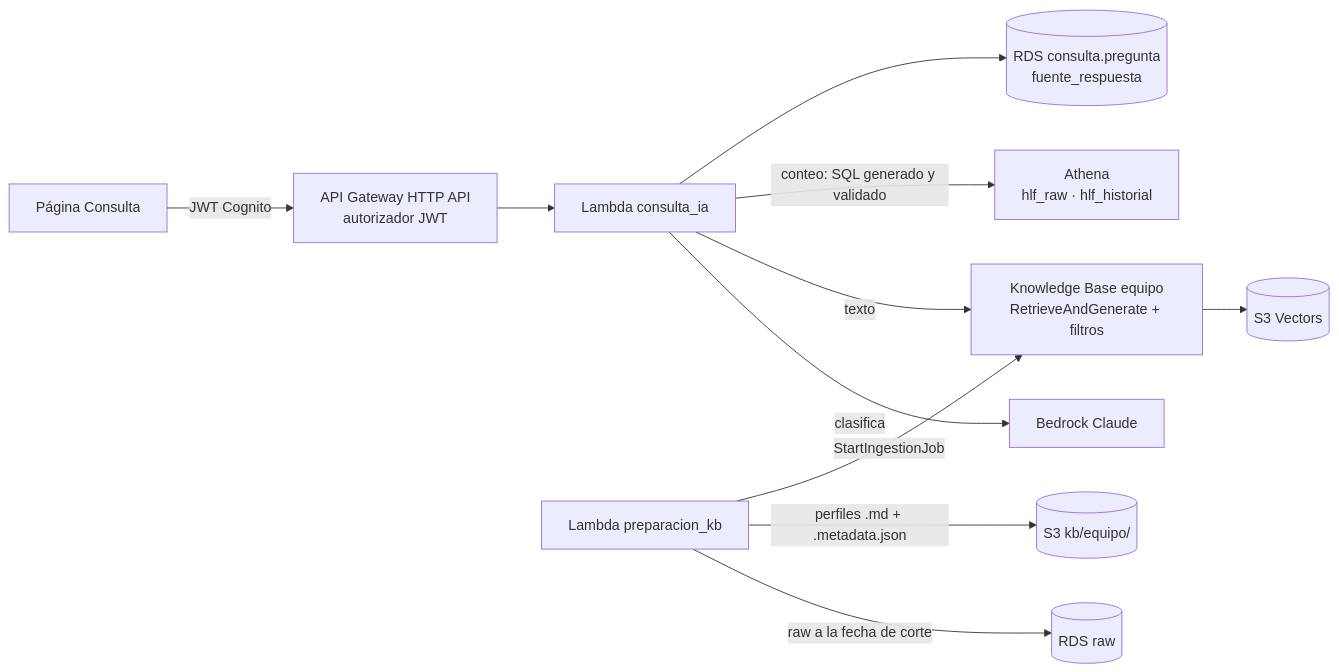
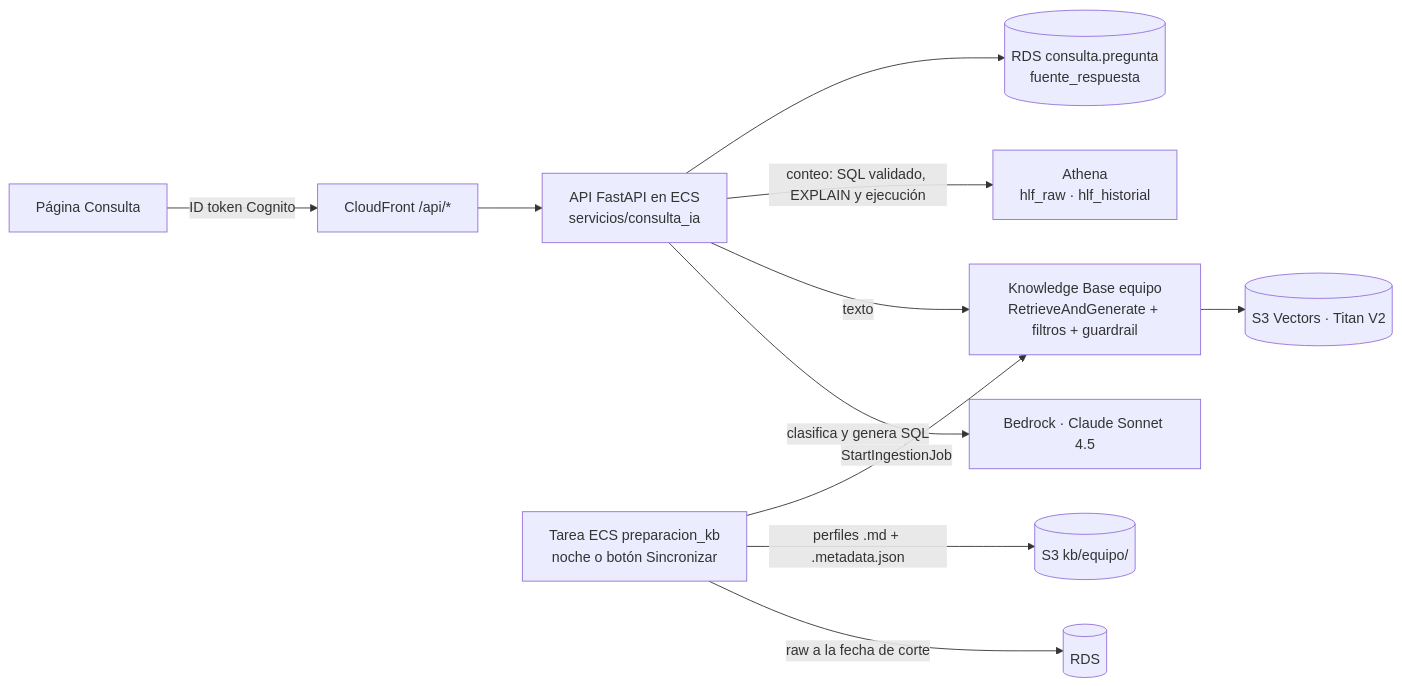
Before and after one commit to patricioespinozaa/AWS-G12: the diagram in docs/feature/F0009-consulta-lenguaje-natural.md, drawn with Mermaid. The commit also changed other lines of this file and 33 other files, not shown here.

First line of the commit message:
feat: consulta en lenguaje natural con Athena y Knowledge Base (F0009)

````diff
--- a/docs/feature/F0009-consulta-lenguaje-natural.md
+++ b/docs/feature/F0009-consulta-lenguaje-natural.md
@@ -37,13 +37,13 @@
 ```mermaid
 flowchart LR
-    W[Página Consulta] -->|JWT Cognito| APIGW[API Gateway HTTP API<br/>autorizador JWT]
-    APIGW --> LC[Lambda consulta_ia]
-    LC -->|clasifica| BR[Bedrock Claude]
-    LC -->|texto| KB[Knowledge Base equipo<br/>RetrieveAndGenerate + filtros]
-    LC -->|conteo: SQL generado y validado| ATH[Athena<br/>hlf_raw · hlf_historial]
-    LC --> DB[(RDS consulta.pregunta<br/>fuente_respuesta)]
-    LP[Lambda preparacion_kb] -->|raw a la fecha de corte| DB2[(RDS raw)]
+    W[Página Consulta] -->|ID token Cognito| CF[CloudFront /api/*]
+    CF --> API[API FastAPI en ECS<br/>servicios/consulta_ia]
+    API -->|clasifica y genera SQL| BR[Bedrock · Claude Sonnet 4.5]
+    API -->|texto| KB[Knowledge Base equipo<br/>RetrieveAndGenerate + filtros + guardrail]
+    API -->|conteo: SQL validado, EXPLAIN y ejecución| ATH[Athena<br/>hlf_raw · hlf_historial]
+    API --> DB[(RDS consulta.pregunta<br/>fuente_respuesta)]
+    LP[Tarea ECS preparacion_kb<br/>noche o botón Sincronizar] -->|raw a la fecha de corte| DB2[(RDS)]
     LP -->|perfiles .md + .metadata.json| S3[(S3 kb/equipo/)]
     LP -->|StartIngestionJob| KB
-    KB --> VEC[(S3 Vectors)]
+    KB --> VEC[(S3 Vectors · Titan V2)]
 ```
````
